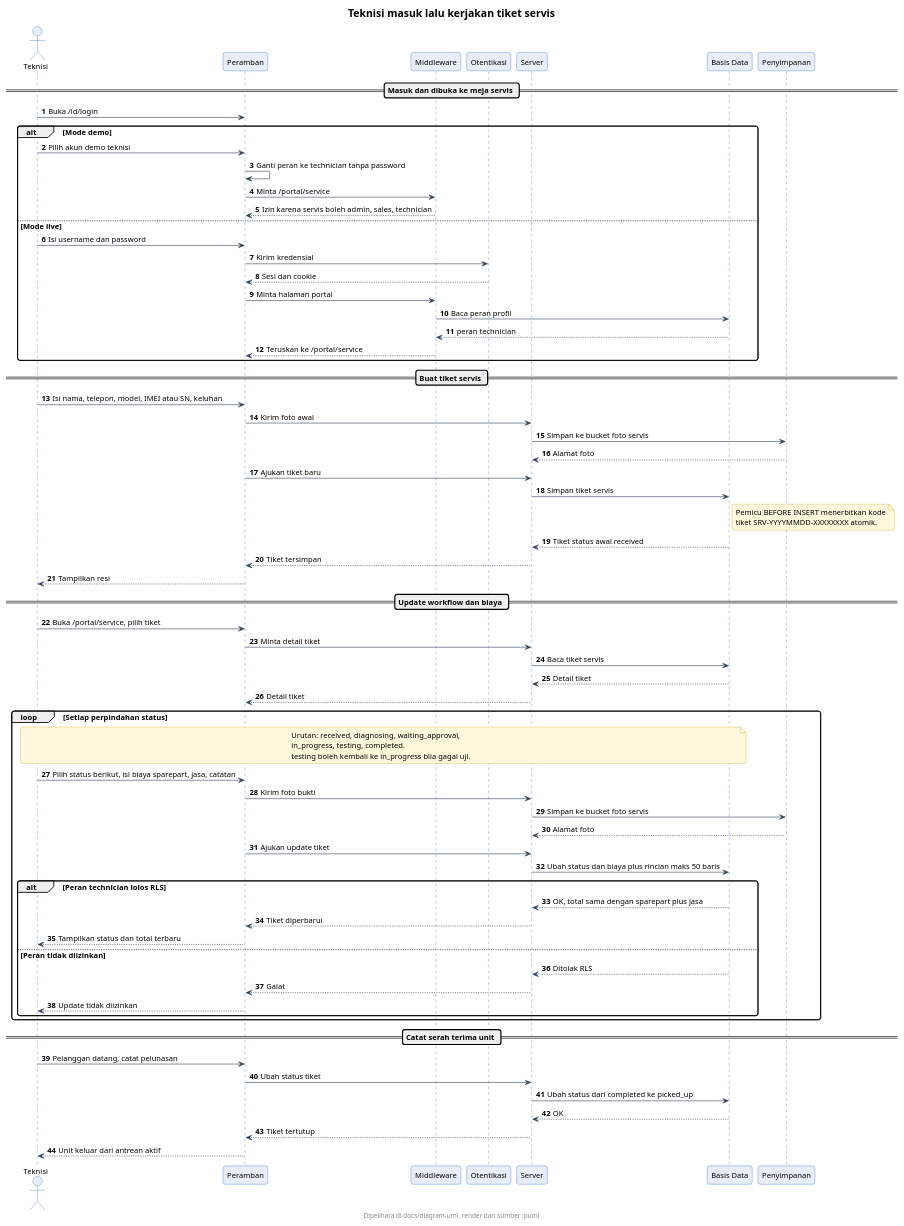
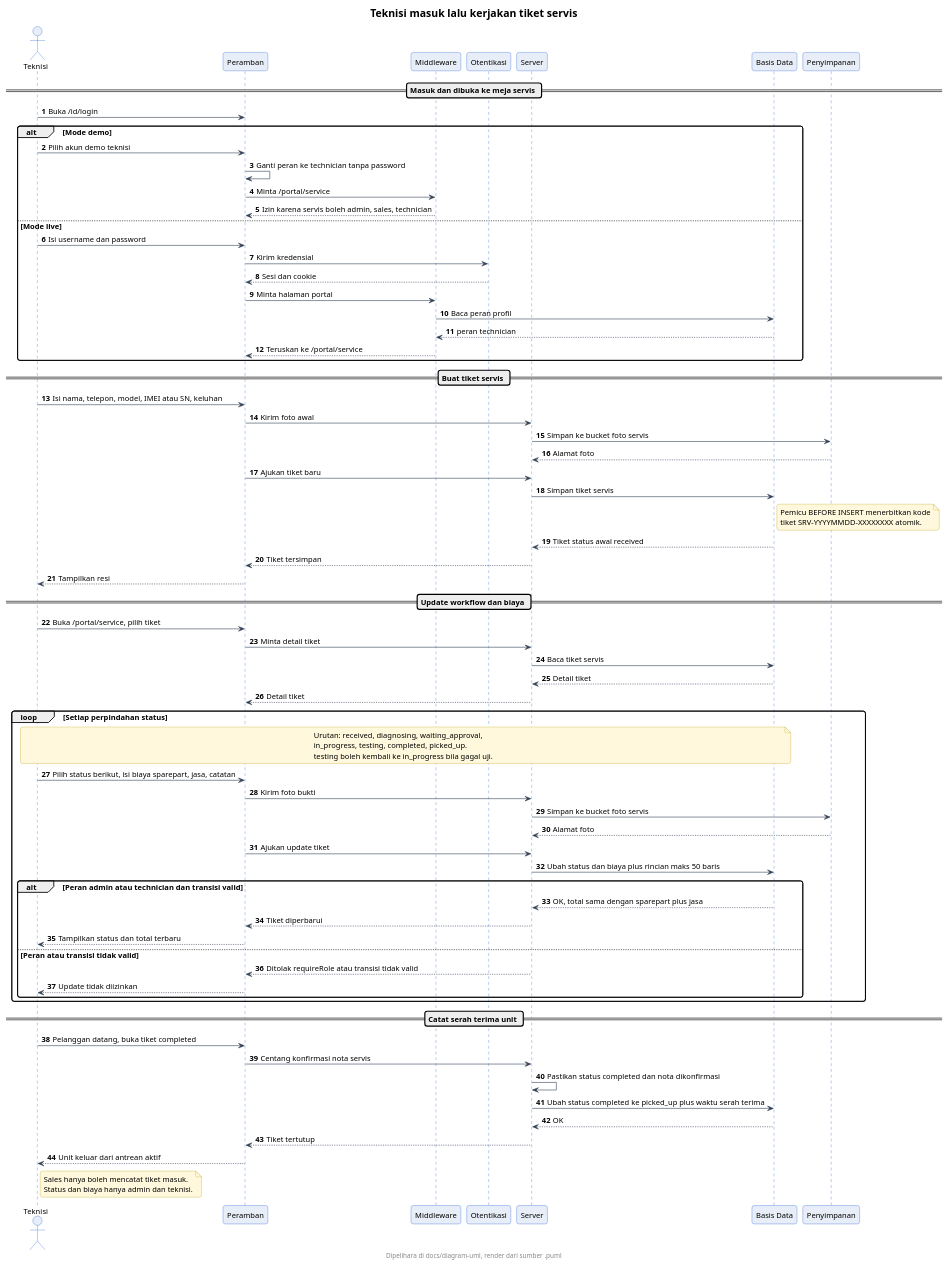
Before and after one commit to neiaki/KP: the diagram in docs/diagram-uml/teknisi/sequence-teknisi.puml, drawn with PlantUML. The commit also changed 39 other files, not shown here.

First line of the commit message:
docs: audit dokumen 27 Oktober dan sinkronkan status

```diff
--- a/docs/diagram-uml/teknisi/sequence-teknisi.puml
+++ b/docs/diagram-uml/teknisi/sequence-teknisi.puml
@@ -1,122 +1,126 @@
 @startuml
 ' --- gaya At Cell (inline, mandiri utk server publik) ---
 skinparam backgroundColor #FFFFFF
 skinparam shadowing false
 skinparam roundcorner 8
 skinparam defaultFontName sans-serif
 skinparam defaultFontSize 13
 skinparam titleFontSize 18
 skinparam titleFontStyle bold
 skinparam headerFontSize 11
 skinparam footerFontSize 11
 skinparam noteBackgroundColor #FFF8DC
 skinparam noteBorderColor #B89B00
 skinparam actorBackgroundColor #E8EEF7
 skinparam actorBorderColor #0B4ED8
 skinparam participantBackgroundColor #E8EEF7
 skinparam participantBorderColor #0B4ED8
 skinparam usecaseBackgroundColor #E8EEF7
 skinparam usecaseBorderColor #0B4ED8
 skinparam classBackgroundColor #E8EEF7
 skinparam classBorderColor #0B4ED8
 skinparam objectBackgroundColor #EEF3FA
 skinparam objectBorderColor #0B4ED8
 skinparam activityBackgroundColor #E8EEF7
 skinparam activityBorderColor #0B4ED8
 skinparam activityDiamondBackgroundColor #FFFFFF
 skinparam activityDiamondBorderColor #0B4ED8
 skinparam stateBackgroundColor #E8EEF7
 skinparam stateBorderColor #0B4ED8
 skinparam stateStartColor #0B4ED8
 skinparam stateEndColor #0B4ED8
 skinparam componentBackgroundColor #E8EEF7
 skinparam componentBorderColor #0B4ED8
 skinparam cloudBackgroundColor #F2F5FA
 skinparam cloudBorderColor #5B6B82
 skinparam databaseBackgroundColor #E8EEF7
 skinparam databaseBorderColor #0B4ED8
 skinparam entityBackgroundColor #E8EEF7
 skinparam entityBorderColor #0B4ED8
 skinparam sequenceArrowColor #334155
 skinparam sequenceLifeLineBorderColor #0B4ED8
 skinparam sequenceParticipantBorderColor #0B4ED8
 footer Dipelihara di docs/diagram-uml, render dari sumber .puml
 title Teknisi masuk lalu kerjakan tiket servis
 autonumber
 actor Teknisi as T
 participant "Peramban" as UI
 participant "Middleware" as MW
 participant "Otentikasi" as AU
 participant "Server" as SV
 participant "Basis Data" as DB
 participant "Penyimpanan" as ST
 
 == Masuk dan dibuka ke meja servis ==
 T -> UI : Buka /id/login
 alt Mode demo
   T -> UI : Pilih akun demo teknisi
   UI -> UI : Ganti peran ke technician tanpa password
   UI -> MW : Minta /portal/service
   MW --> UI : Izin karena servis boleh admin, sales, technician
 else Mode live
   T -> UI : Isi username dan password
   UI -> AU : Kirim kredensial
   AU --> UI : Sesi dan cookie
   UI -> MW : Minta halaman portal
   MW -> DB : Baca peran profil
   DB --> MW : peran technician
   MW --> UI : Teruskan ke /portal/service
 end
 
 == Buat tiket servis ==
 T -> UI : Isi nama, telepon, model, IMEI atau SN, keluhan
 UI -> SV : Kirim foto awal
 SV -> ST : Simpan ke bucket foto servis
 ST --> SV : Alamat foto
 UI -> SV : Ajukan tiket baru
 SV -> DB : Simpan tiket servis
 note right of DB
   Pemicu BEFORE INSERT menerbitkan kode
   tiket SRV-YYYYMMDD-XXXXXXXX atomik.
 end note
 DB --> SV : Tiket status awal received
 SV --> UI : Tiket tersimpan
 UI --> T : Tampilkan resi
 
 == Update workflow dan biaya ==
 T -> UI : Buka /portal/service, pilih tiket
 UI -> SV : Minta detail tiket
 SV -> DB : Baca tiket servis
 DB --> SV : Detail tiket
 SV --> UI : Detail tiket
 loop Setiap perpindahan status
   note over T,DB
     Urutan: received, diagnosing, waiting_approval,
-    in_progress, testing, completed.
+    in_progress, testing, completed, picked_up.
     testing boleh kembali ke in_progress bila gagal uji.
   end note
   T -> UI : Pilih status berikut, isi biaya sparepart, jasa, catatan
   UI -> SV : Kirim foto bukti
   SV -> ST : Simpan ke bucket foto servis
   ST --> SV : Alamat foto
   UI -> SV : Ajukan update tiket
   SV -> DB : Ubah status dan biaya plus rincian maks 50 baris
-  alt Peran technician lolos RLS
+  alt Peran admin atau technician dan transisi valid
     DB --> SV : OK, total sama dengan sparepart plus jasa
     SV --> UI : Tiket diperbarui
     UI --> T : Tampilkan status dan total terbaru
-  else Peran tidak diizinkan
-    DB --> SV : Ditolak RLS
-    SV --> UI : Galat
+  else Peran atau transisi tidak valid
+    SV --> UI : Ditolak requireRole atau transisi tidak valid
     UI --> T : Update tidak diizinkan
   end
 end
 
 == Catat serah terima unit ==
-T -> UI : Pelanggan datang, catat pelunasan
-UI -> SV : Ubah status tiket
-SV -> DB : Ubah status dari completed ke picked_up
+T -> UI : Pelanggan datang, buka tiket completed
+UI -> SV : Centang konfirmasi nota servis
+SV -> SV : Pastikan status completed dan nota dikonfirmasi
+SV -> DB : Ubah status completed ke picked_up plus waktu serah terima
 DB --> SV : OK
 SV --> UI : Tiket tertutup
 UI --> T : Unit keluar dari antrean aktif
+note right of T
+  Sales hanya boleh mencatat tiket masuk.
+  Status dan biaya hanya admin dan teknisi.
+end note
 @enduml
```
